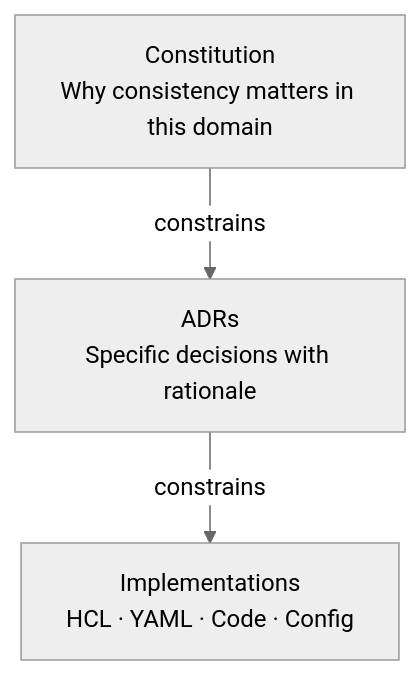
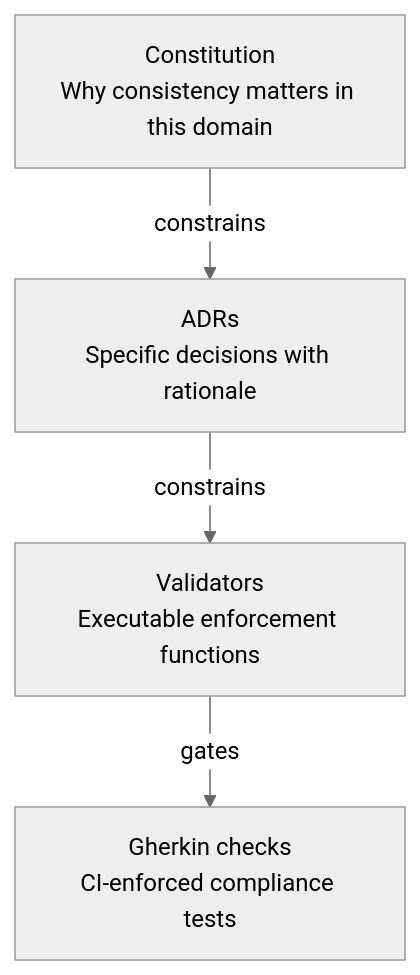
The first of 3 diagrams in README.md (constitutional-governance/constitutional-governance), drawn with Mermaid (neutral theme) before and after one commit. The commit also changed other lines of this file and 1 other file, not shown here.

````diff
--- a/README.md
+++ b/README.md
@@ -48,9 +54,11 @@
 ```mermaid
 flowchart TD
     C["Constitution\nWhy consistency matters in this domain"]
     A["ADRs\nSpecific decisions with rationale"]
-    I["Implementations\nHCL · YAML · Code · Config"]
+    V["Validators\nExecutable enforcement functions"]
+    G["Gherkin checks\nCI-enforced compliance tests"]
 
     C -->|constrains| A
-    A -->|constrains| I
+    A -->|constrains| V
+    V -->|gates| G
 ```
````
